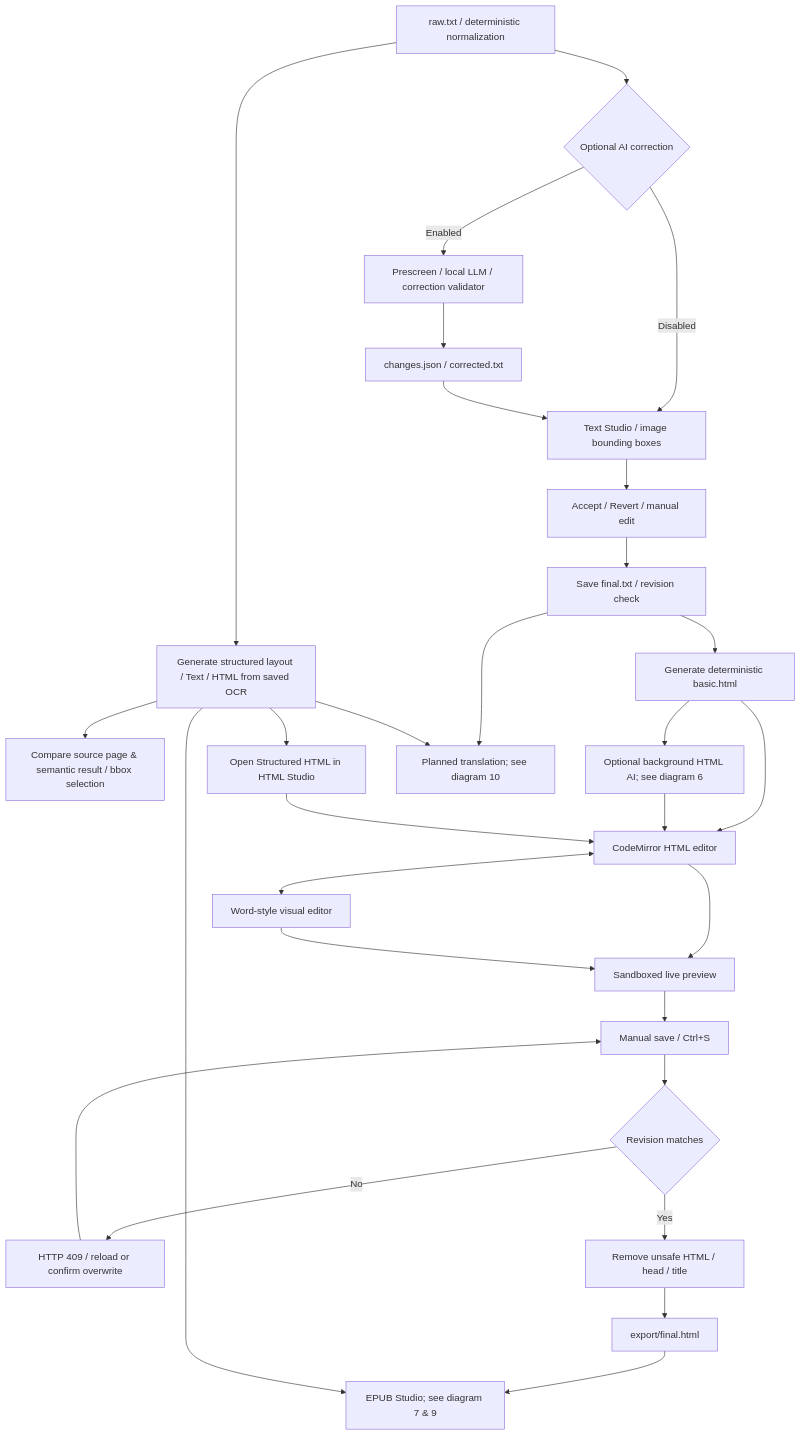
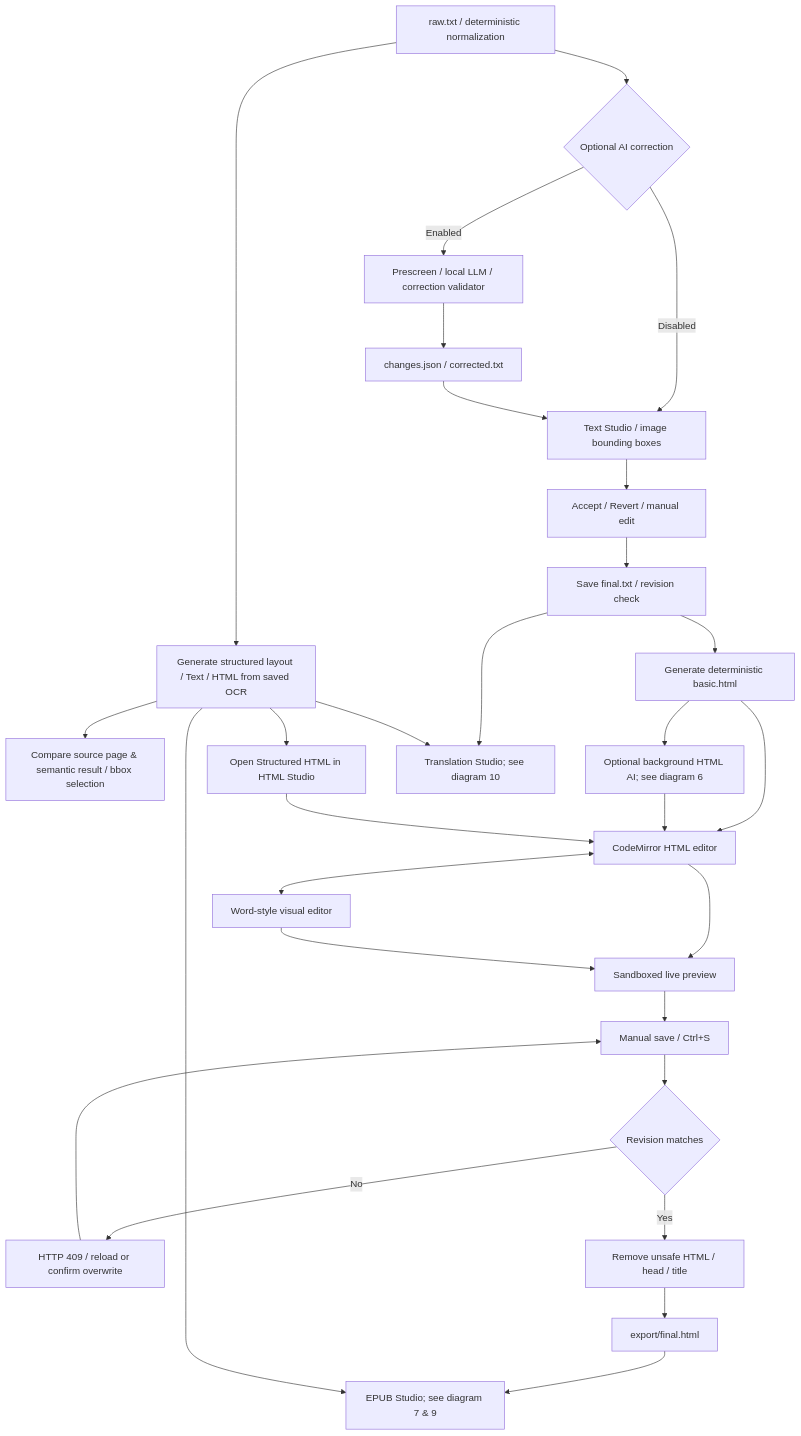
One commit to anuwatm/pdf-ocr-studio changed the third of 10 diagrams in readme.md. Above: the diagram before and after it, drawn with Mermaid. The commit also changed other lines of this file and 62 other files, not shown here.

````diff
--- a/readme.md
+++ b/readme.md
@@ -205,31 +215,31 @@
 ```mermaid
 flowchart TD
     Raw["raw.txt / deterministic normalization"] --> Correction{"Optional AI correction"}
     Correction -->|Enabled| LLM["Prescreen / local LLM / correction validator"]
     Correction -->|Disabled| Review["Text Studio / image bounding boxes"]
     LLM --> Proposals["changes.json / corrected.txt"]
     Proposals --> Review
     Review --> Accept["Accept / Revert / manual edit"]
     Accept --> TextSave["Save final.txt / revision check"]
     TextSave --> Basic["Generate deterministic basic.html"]
     Raw --> Structured["Generate structured layout / Text / HTML from saved OCR"]
     Structured --> Compare["Compare source page & semantic result / bbox selection"]
     Basic --> AI["Optional background HTML AI; see diagram 6"]
     Basic --> Code["CodeMirror HTML editor"]
     AI --> Code
     Code <--> Visual["Word-style visual editor"]
     Code --> Preview["Sandboxed live preview"]
     Visual --> Preview
     Preview --> Save["Manual save / Ctrl+S"]
     Save --> Revision{"Revision matches"}
     Revision -->|No| Conflict["HTTP 409 / reload or confirm overwrite"]
     Conflict --> Save
     Revision -->|Yes| Sanitize["Remove unsafe HTML / head / title"]
     Sanitize --> Final["export/final.html"]
     Final --> EPUB["EPUB Studio; see diagram 7 & 9"]
     Structured --> OpenStudio["Open Structured HTML in HTML Studio"]
     OpenStudio --> Code
     Structured --> EPUB
-    TextSave --> Translation["Planned translation; see diagram 10"]
+    TextSave --> Translation["Translation Studio; see diagram 10"]
     Structured --> Translation
 ```
````
